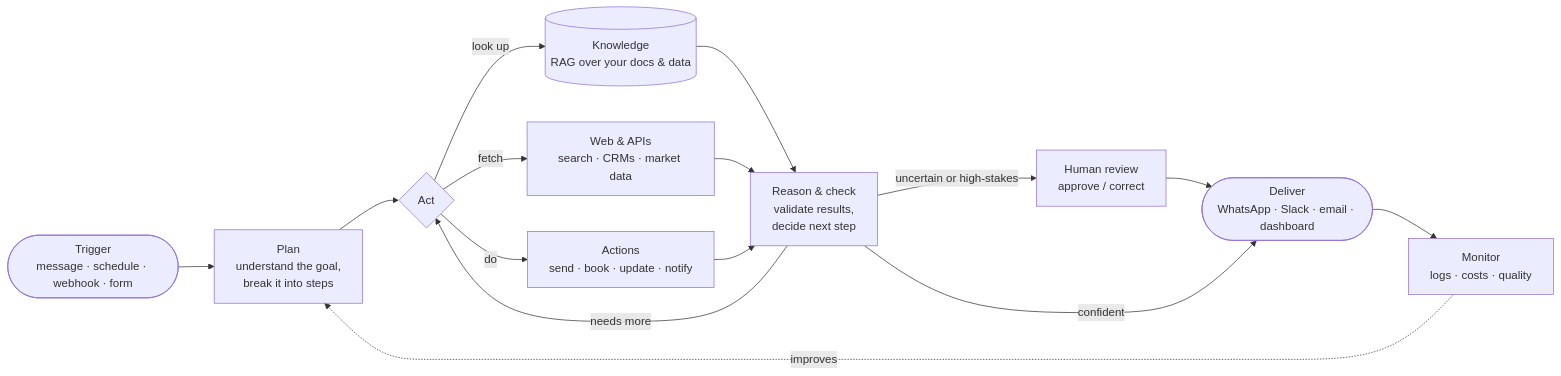
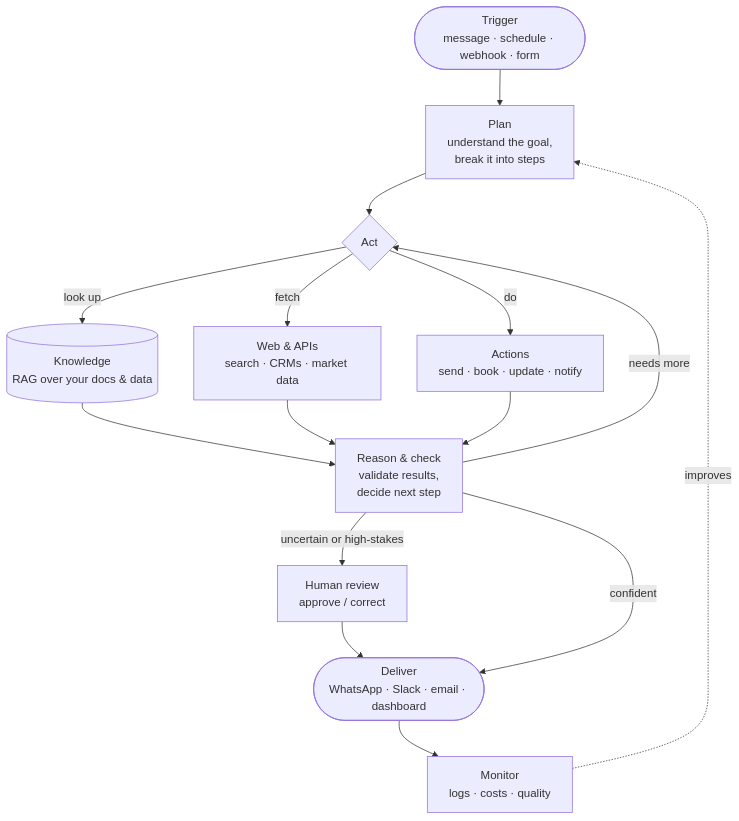
The first of 2 diagrams in README.md (aswanth05/Agenti-AI), drawn with Mermaid before and after one commit.

Commit message:
README: lay out agent workflow diagram top-down for readability

````diff
--- a/README.md
+++ b/README.md
@@ -31,17 +31,17 @@
 ```mermaid
-flowchart LR
+flowchart TD
     T([Trigger<br/>message · schedule · webhook · form]) --> P[Plan<br/>understand the goal,<br/>break it into steps]
     P --> A{Act}
     A -->|look up| K[(Knowledge<br/>RAG over your docs & data)]
     A -->|fetch| W[Web & APIs<br/>search · CRMs · market data]
     A -->|do| X[Actions<br/>send · book · update · notify]
     K --> R[Reason & check<br/>validate results,<br/>decide next step]
     W --> R
     X --> R
     R -->|needs more| A
     R -->|uncertain or high-stakes| H[Human review<br/>approve / correct]
     H --> D
     R -->|confident| D([Deliver<br/>WhatsApp · Slack · email · dashboard])
     D --> M[Monitor<br/>logs · costs · quality]
     M -.improves.-> P
 ```
````
